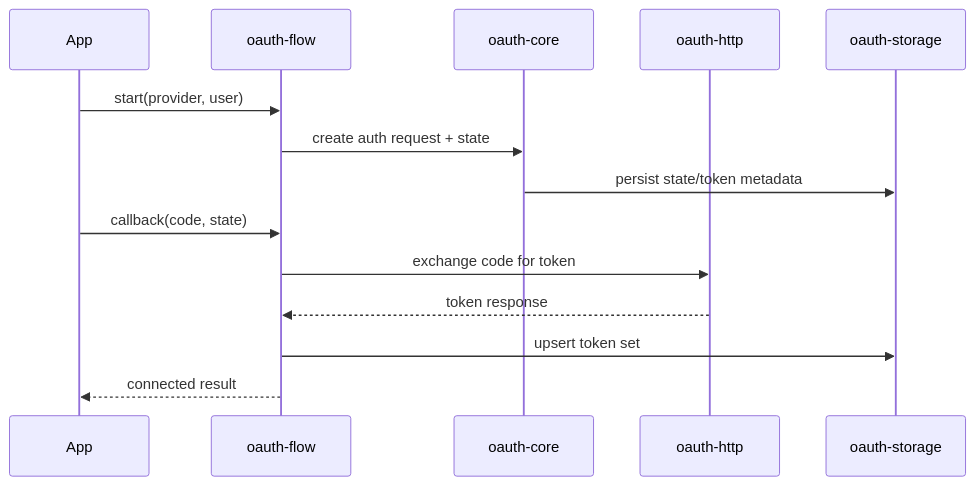
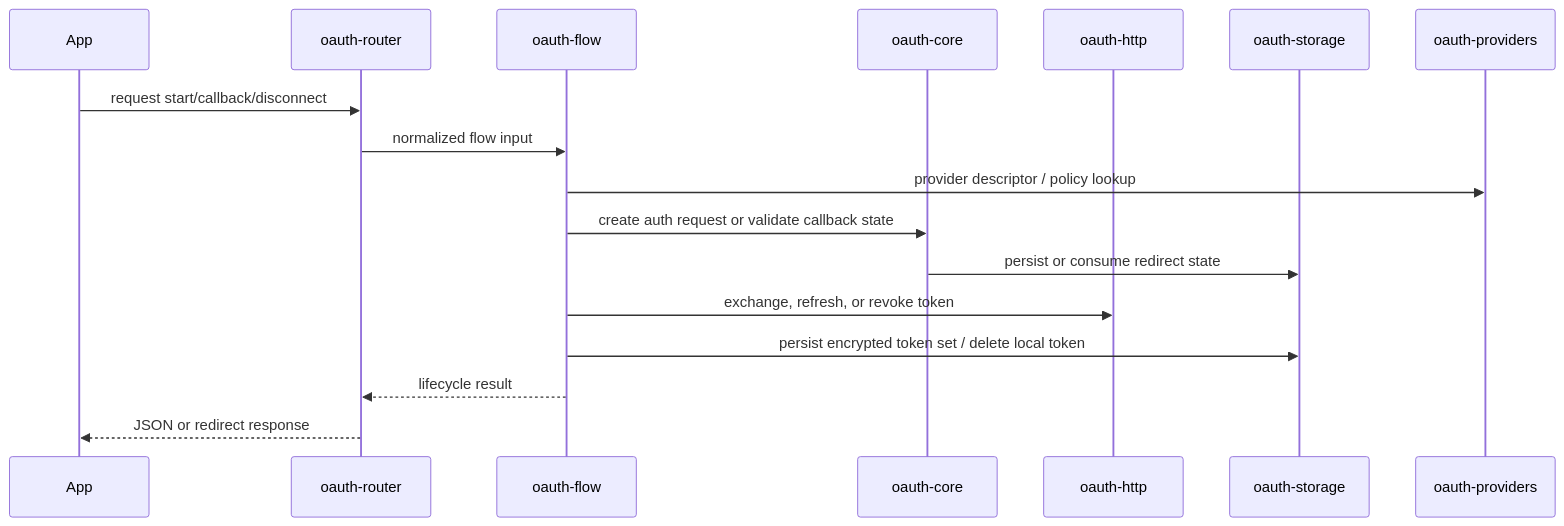
One commit to 21nCo/superfunctions changed the diagram in docs/content/docs/architecture/oauth-flow-architecture.mdx. Above: the diagram before and after it, drawn with Mermaid. The commit also changed other lines of this file and 197 other files, not shown here.

````diff
--- a/docs/content/docs/architecture/oauth-flow-architecture.mdx
+++ b/docs/content/docs/architecture/oauth-flow-architecture.mdx
@@ -8,16 +20,20 @@
 ```mermaid
 sequenceDiagram
   participant App
+  participant Router as oauth-router
   participant Flow as oauth-flow
   participant Core as oauth-core
   participant HTTP as oauth-http
   participant Store as oauth-storage
-  App->>Flow: start(provider, user)
-  Flow->>Core: create auth request + state
-  Core->>Store: persist state/token metadata
-  App->>Flow: callback(code, state)
-  Flow->>HTTP: exchange code for token
-  HTTP-->>Flow: token response
-  Flow->>Store: upsert token set
-  Flow-->>App: connected result
+  participant Policy as oauth-providers
+
+  App->>Router: request start/callback/disconnect
+  Router->>Flow: normalized flow input
+  Flow->>Policy: provider descriptor / policy lookup
+  Flow->>Core: create auth request or validate callback state
+  Core->>Store: persist or consume redirect state
+  Flow->>HTTP: exchange, refresh, or revoke token
+  Flow->>Store: persist encrypted token set / delete local token
+  Flow-->>Router: lifecycle result
+  Router-->>App: JSON or redirect response
 ```
````
